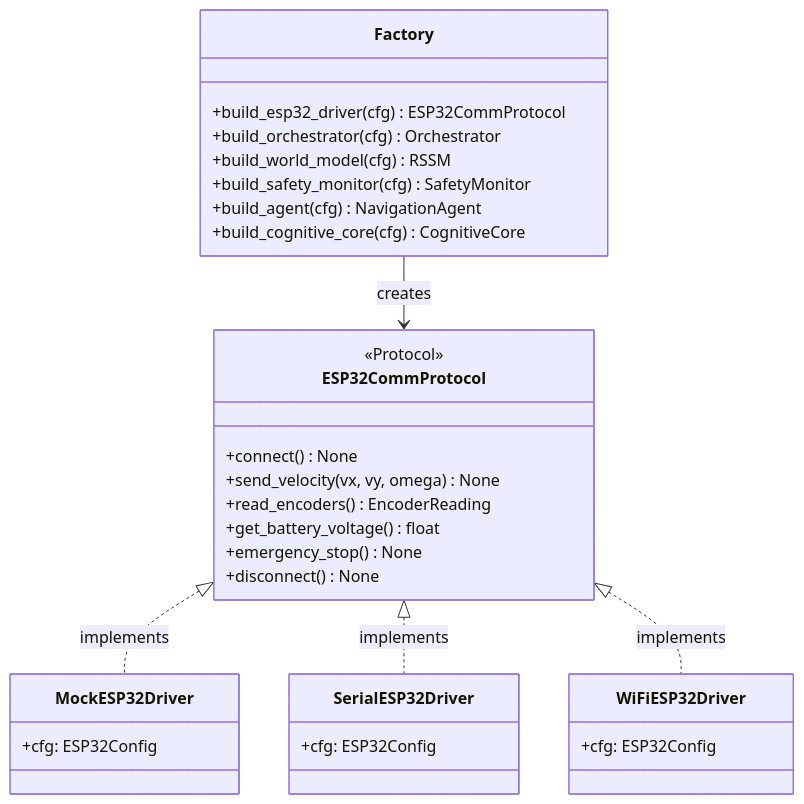
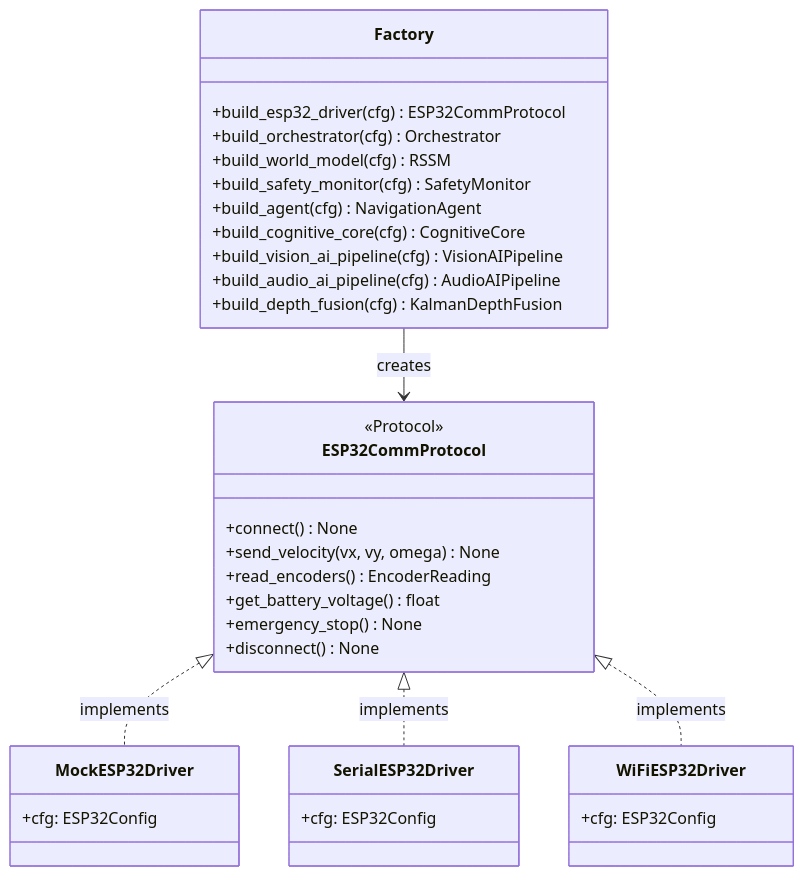
One commit to ianshank/Mouse-Droid-AGI changed the fourth of 8 diagrams in docs/architecture.md. Above: the diagram before and after it, drawn with Mermaid. The commit also changed other lines of this file and 54 other files, not shown here.

````diff
--- a/docs/architecture.md
+++ b/docs/architecture.md
@@ -157,34 +167,37 @@
 ```mermaid
 classDiagram
     class ESP32CommProtocol {
         <<Protocol>>
         +connect() None
         +send_velocity(vx, vy, omega) None
         +read_encoders() EncoderReading
         +get_battery_voltage() float
         +emergency_stop() None
         +disconnect() None
     }
     class MockESP32Driver {
         +cfg: ESP32Config
     }
     class SerialESP32Driver {
         +cfg: ESP32Config
     }
     class WiFiESP32Driver {
         +cfg: ESP32Config
     }
     class Factory {
         +build_esp32_driver(cfg) ESP32CommProtocol
         +build_orchestrator(cfg) Orchestrator
         +build_world_model(cfg) RSSM
         +build_safety_monitor(cfg) SafetyMonitor
         +build_agent(cfg) NavigationAgent
         +build_cognitive_core(cfg) CognitiveCore
+        +build_vision_ai_pipeline(cfg) VisionAIPipeline
+        +build_audio_ai_pipeline(cfg) AudioAIPipeline
+        +build_depth_fusion(cfg) KalmanDepthFusion
     }
 
     ESP32CommProtocol <|.. MockESP32Driver : implements
     ESP32CommProtocol <|.. SerialESP32Driver : implements
     ESP32CommProtocol <|.. WiFiESP32Driver : implements
     Factory --> ESP32CommProtocol : creates
 ```
````
